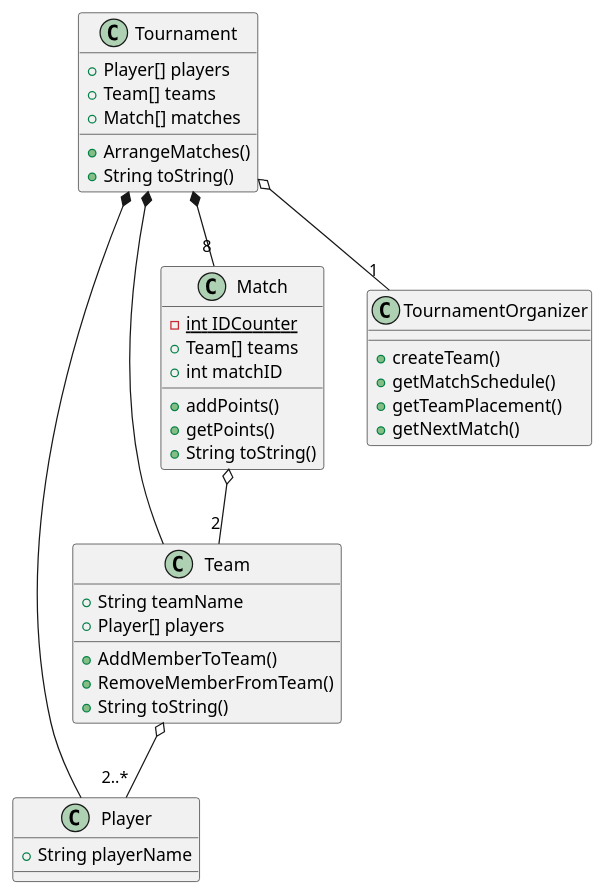
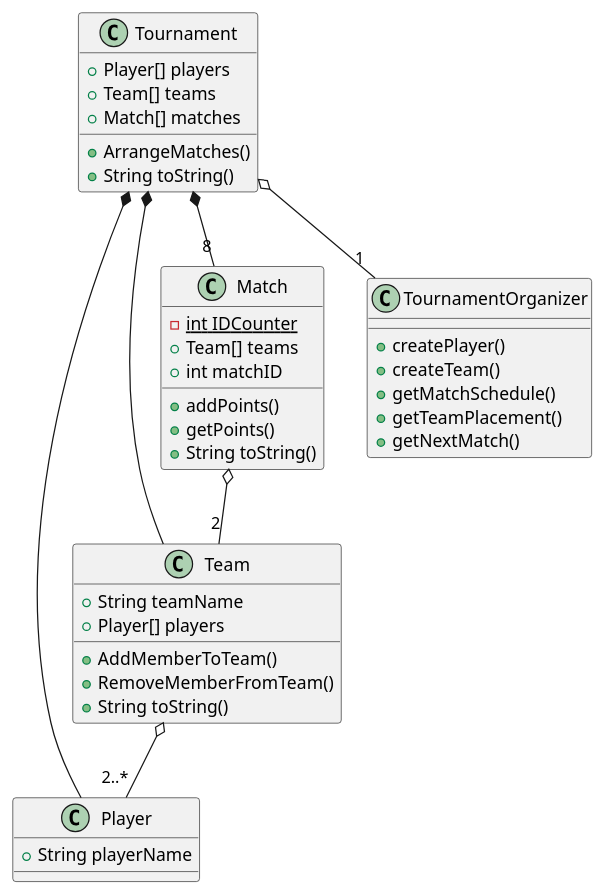
One commit to DeRp-DaWg/SP3 changed the diagram in doc/Class.puml. Above: the diagram before and after it, drawn with PlantUML. The commit also changed 1 other file, not shown here.

```diff
--- a/doc/Class.puml
+++ b/doc/Class.puml
@@ -1,47 +1,48 @@
 @startuml
 'https://plantuml.com/class-diagram
 
 class Player {
 +String playerName
 }
 
 class Team {
 +String teamName
 +Player[] players
 +AddMemberToTeam()
 +RemoveMemberFromTeam()
 +String toString()
 }
 
 class Match{
 -int {static} IDCounter
 +Team[] teams
 +int matchID
 +addPoints()
 +getPoints()
 +String toString()
 }
 
 class Tournament {
 +Player[] players
 +Team[] teams
 +Match[] matches
 +ArrangeMatches()
 +String toString()
 }
 
 class TournamentOrganizer {
++createPlayer()
 +createTeam()
 +getMatchSchedule()
 +getTeamPlacement()
 +getNextMatch()
 }
 
 Tournament o-- "1" TournamentOrganizer
 Tournament *-- "8" Match
 Tournament *-- Player
 Tournament *-- Team
 Match o-- "2" Team
 Team o-- "2..*" Player
 
 @enduml
```
